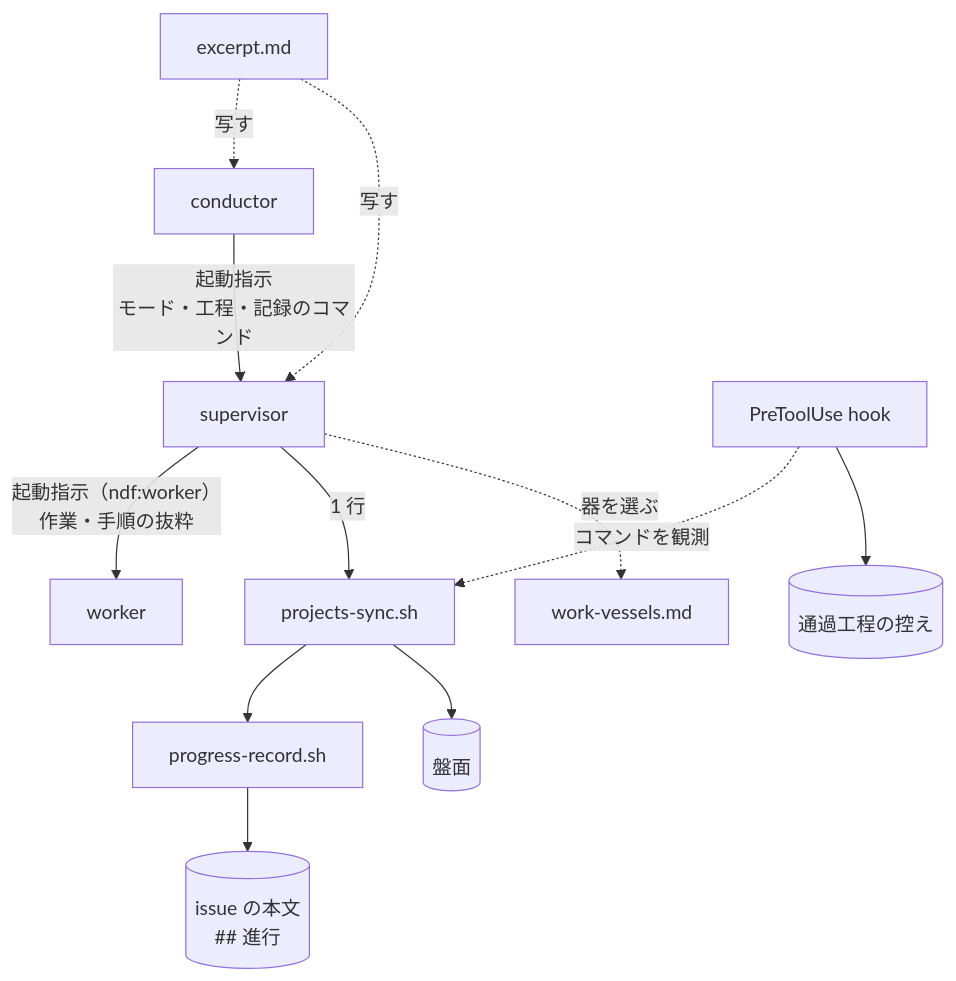
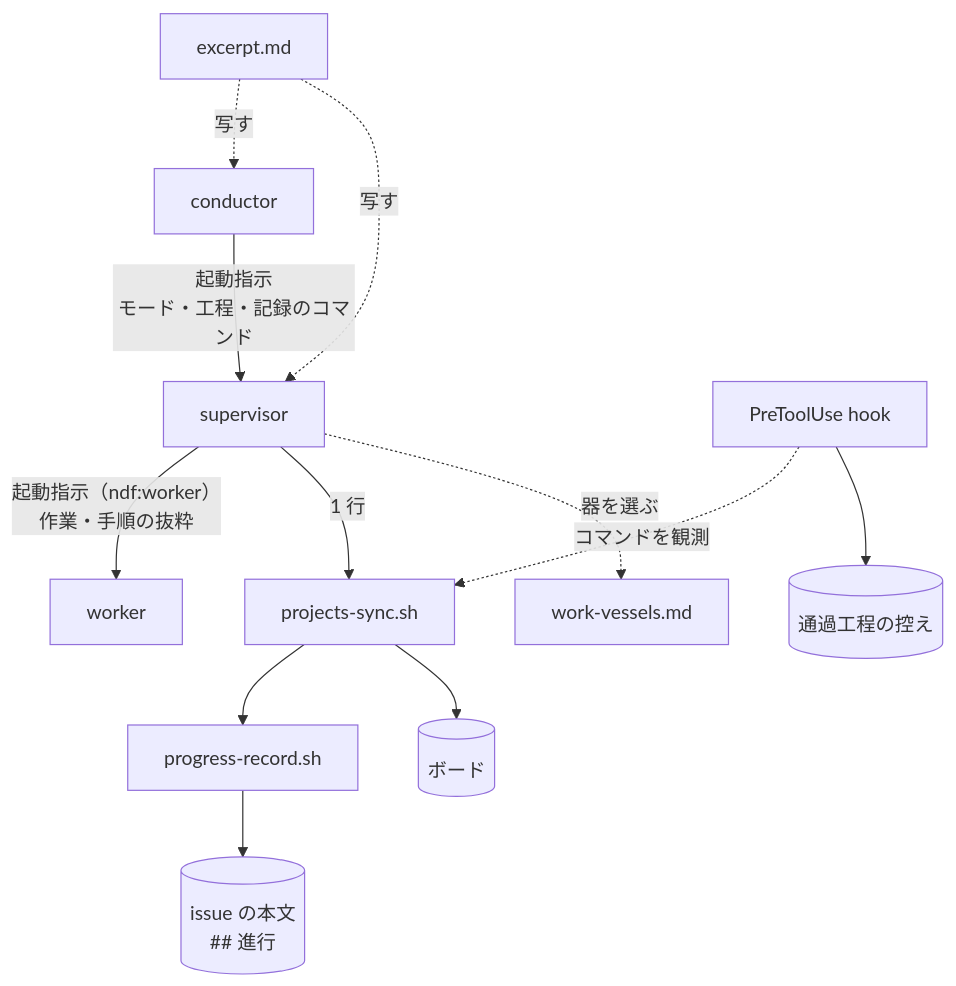
Before and after one commit to devbasex/ai-plugins: the diagram in docs/specifications/ndf-worker-agent-and-skill-excerpts.md, drawn with Mermaid. The commit also changed other lines of this file and 72 other files, not shown here.

````diff
--- a/docs/specifications/ndf-worker-agent-and-skill-excerpts.md
+++ b/docs/specifications/ndf-worker-agent-and-skill-excerpts.md
@@ -74,14 +74,14 @@
 ```mermaid
 flowchart TB
   C[conductor] -- 起動指示<br/>モード・工程・記録のコマンド --> S[supervisor]
   S -- "起動指示（ndf:worker）<br/>作業・手順の抜粋" --> W[worker]
   S -- 1 行 --> PS[projects-sync.sh]
   PS --> PR[progress-record.sh]
   PR --> IB[(issue の本文<br/>## 進行)]
-  PS --> BD[(盤面)]
+  PS --> BD[(ボード)]
   H[PreToolUse hook] -. コマンドを観測 .-> PS
   H --> ST[(通過工程の控え)]
   S -. 器を選ぶ .-> WV[work-vessels.md]
   EX[excerpt.md] -. 写す .-> C
   EX -. 写す .-> S
 ```
````
